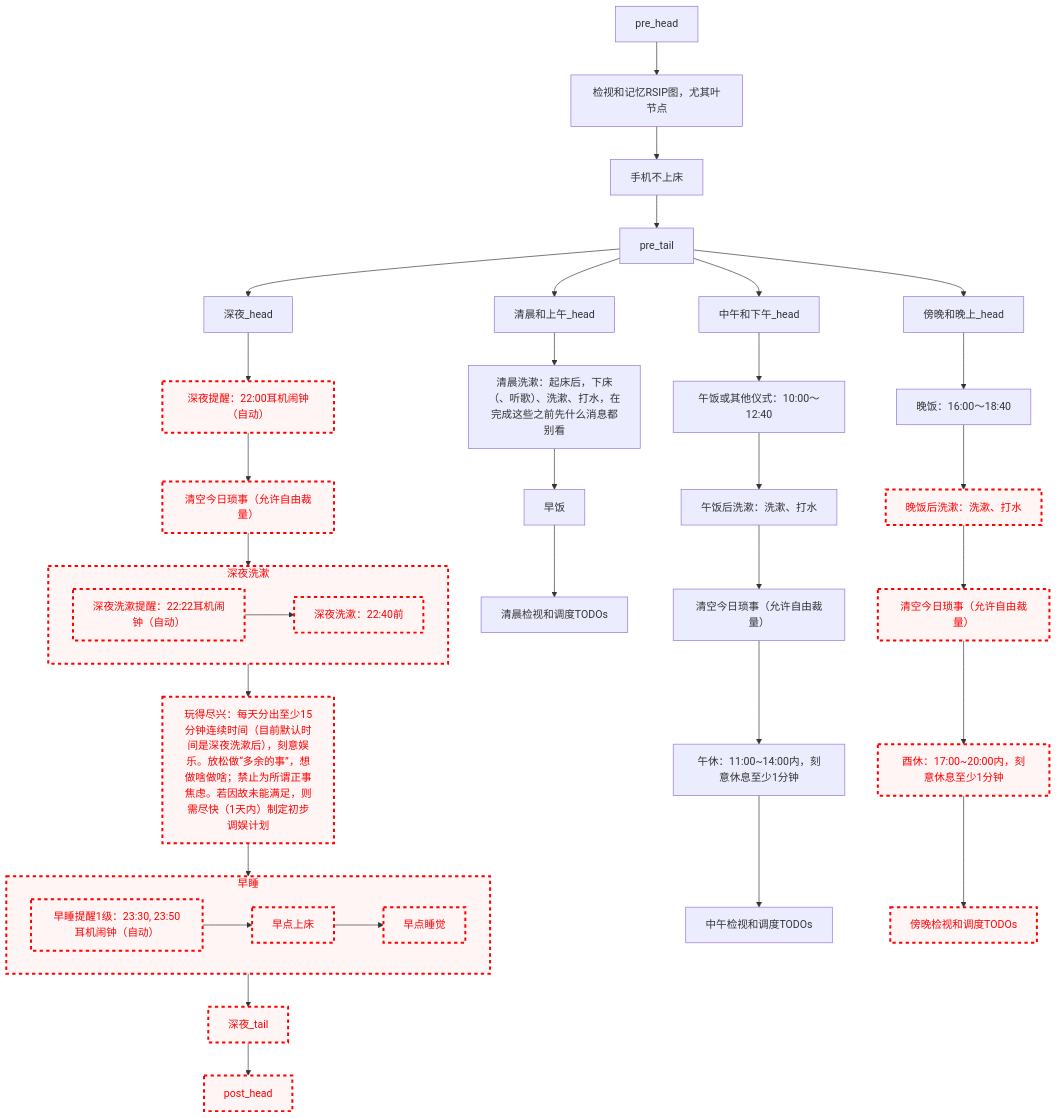
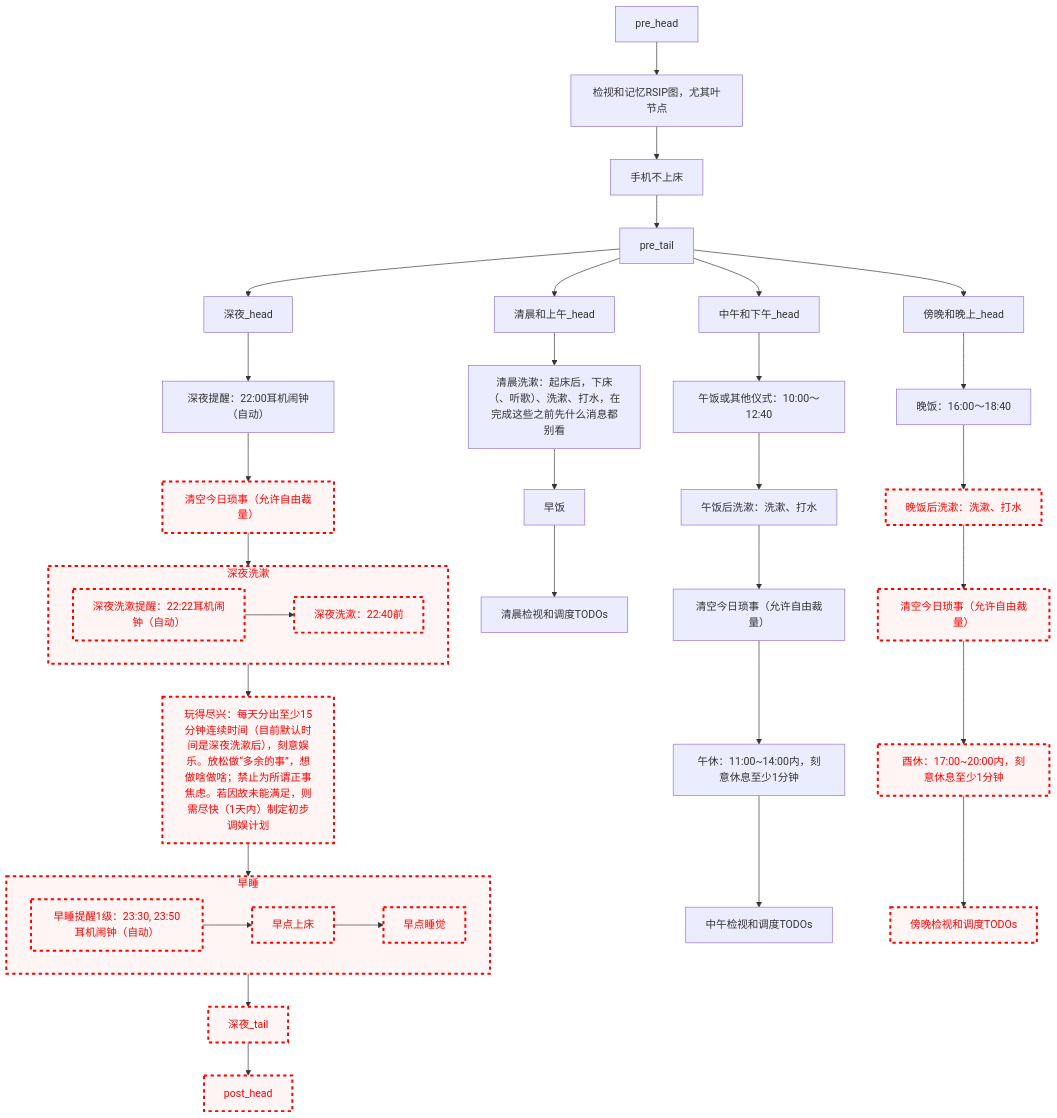
The diagram in README.md (Ethkuil/RSIP-tree), drawn with Mermaid before and after one commit.

Commit message:
enable 深夜提醒

````diff
--- a/README.md
+++ b/README.md
@@ -21,70 +21,69 @@
 ```mermaid
 graph TD
 
 classDef failed stroke:#ff0000, stroke-width:3px, color:#ff0000, fill:#fff5f5, stroke-dasharray: 5
 
 pre_head --> RSIP[检视和记忆RSIP图，尤其叶节点]
 RSIP --> 手机不上床
 手机不上床 --> pre_tail
 
 
 pre_tail --> 清晨和上午_head
 清晨和上午_head --> 清晨洗漱
 清晨洗漱[清晨洗漱：起床后，下床（、听歌）、洗漱、打水，在完成这些之前先什么消息都别看]
 清晨洗漱 --> 早饭
 早饭 --> 清晨看TODO[清晨检视和调度TODOs]
 
 
 pre_tail --> 中午和下午_head
 中午和下午_head --> 午饭[午饭或其他仪式：10:00～12:40]
 午饭 --> 午饭后洗漱[午饭后洗漱：洗漱、打水]
 午饭后洗漱 --> 中午今日琐事[清空今日琐事（允许自由裁量）]
 中午今日琐事 --> 午休[午休：11:00~14:00内，刻意休息至少1分钟]
 午休 --> 中午看TODO[中午检视和调度TODOs]
 
 
 pre_tail --> 傍晚和晚上_head
 傍晚和晚上_head --> 晚饭[晚饭：16:00～18:40]
 晚饭 --> 晚饭后洗漱[晚饭后洗漱：洗漱、打水]
 class 晚饭后洗漱 failed
 晚饭后洗漱 --> 傍晚今日琐事[清空今日琐事（允许自由裁量）]
 class 傍晚今日琐事 failed
 傍晚今日琐事 --> 酉休[酉休：17:00~20:00内，刻意休息至少1分钟]
 class 酉休 failed
 酉休 --> 傍晚看TODO[傍晚检视和调度TODOs]
 class 傍晚看TODO failed
 
 
 pre_tail --> 深夜_head
 深夜_head --> 深夜提醒[深夜提醒：22:00耳机闹钟（自动）]
-class 深夜提醒 failed
 深夜提醒 --> 深夜今日琐事[清空今日琐事（允许自由裁量）]
 class 深夜今日琐事 failed
 深夜今日琐事 --> 深夜洗漱
 subgraph 深夜洗漱
   深夜洗漱提醒[深夜洗漱提醒：22:22耳机闹钟（自动）]
   class 深夜洗漱提醒 failed
   深夜洗漱提醒 --> 深夜洗漱执行[深夜洗漱：22:40前]
   class 深夜洗漱执行 failed
 end
 class 深夜洗漱 failed
 深夜洗漱 --> 玩得尽兴[玩得尽兴：每天分出至少15分钟连续时间（目前默认时间是深夜洗漱后），刻意娱乐。放松做“多余的事”，想做啥做啥；禁止为所谓正事焦虑。若因故未能满足，则需尽快（1天内）制定初步调娱计划]
 class 玩得尽兴 failed
 
 玩得尽兴 --> 早睡
 subgraph 早睡
   早睡提醒1级[早睡提醒1级：23:30, 23:50耳机闹钟（自动）]
   class 早睡提醒1级 failed
   早睡提醒1级 --> 早点上床
   class 早点上床 failed
   早点上床 --> 早点睡觉
   class 早点睡觉 failed
 end
 class 早睡 failed
 早睡 --> 深夜_tail
 class 深夜_tail failed
 
 
 深夜_tail --> post_head
 class post_head failed
 ```
````
